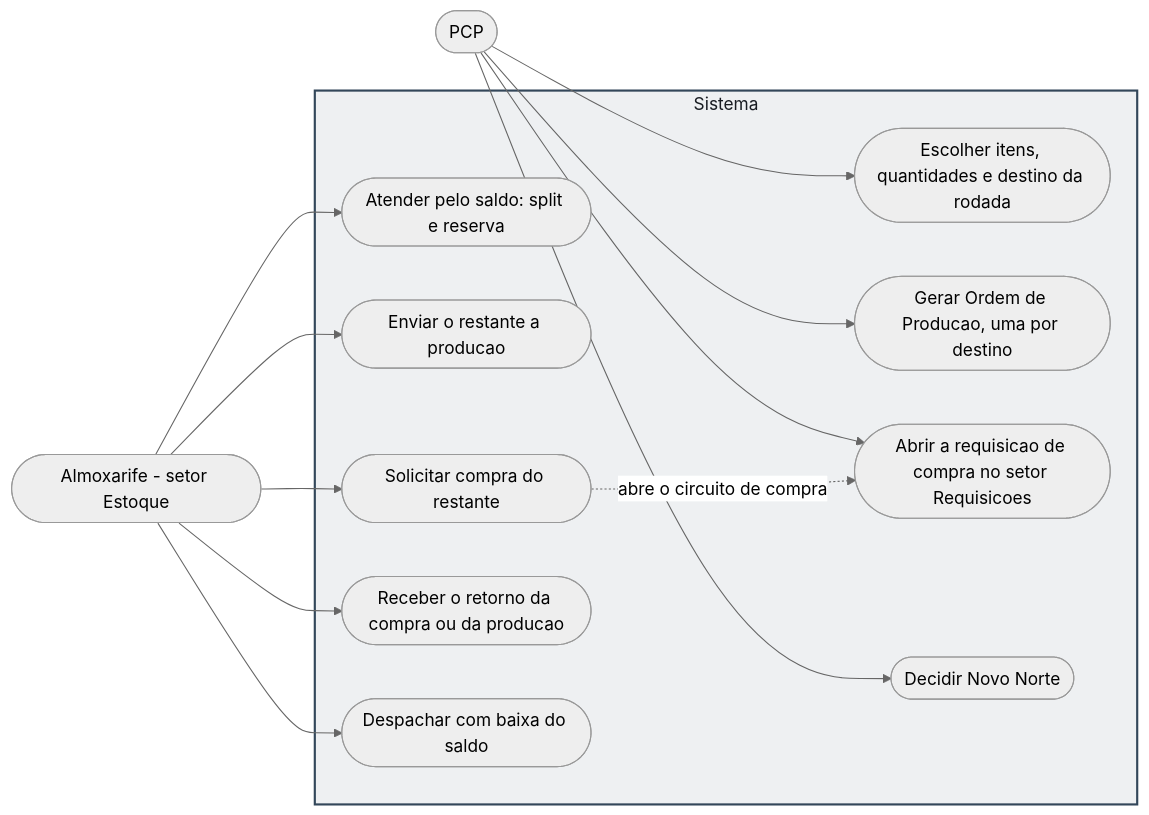
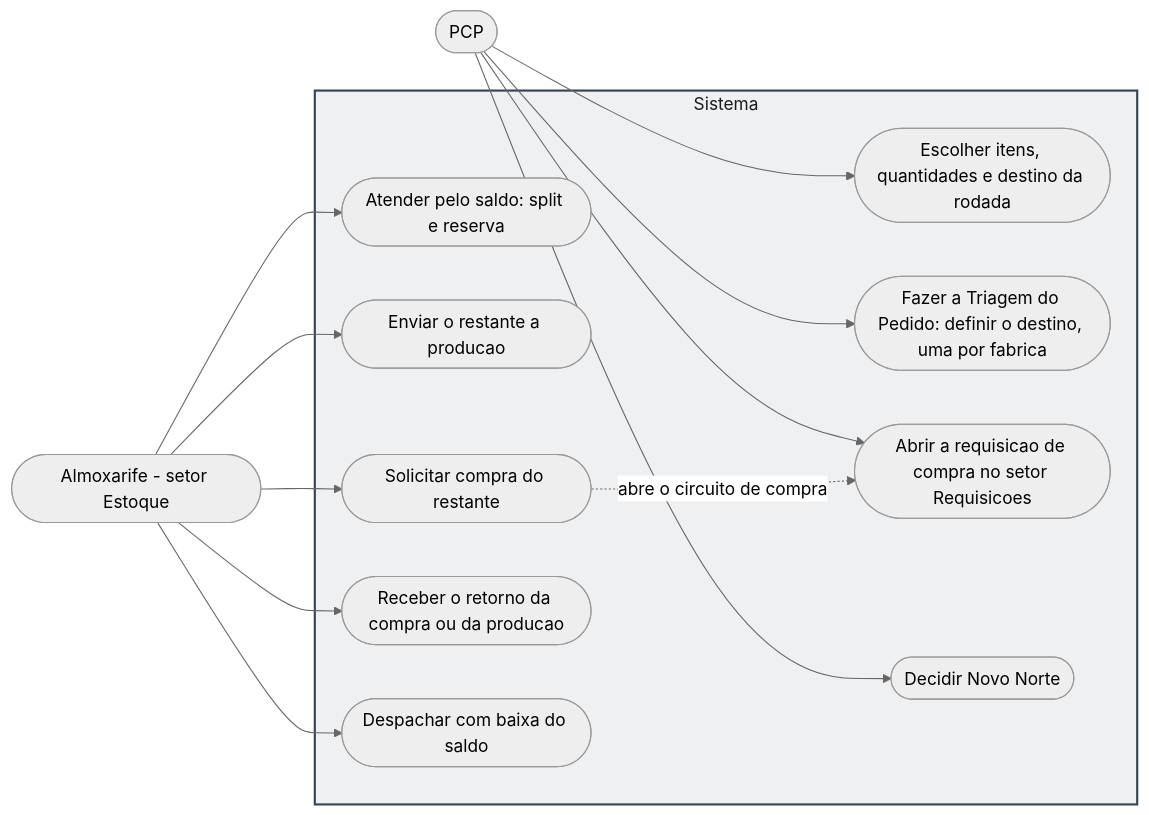
One commit to Acosvital/vault-avhub-mer changed the seventh of 31 diagrams in 04-Arquitetura-Transversal/Diagramas-UML.md. Above: the diagram before and after it, drawn with Mermaid (neutral theme). The commit also changed other lines of this file and 9 other files, not shown here.

First line of the commit message:
docs(vault): etapa do PCP passa a se chamar Triagem do Pedido; diagrama de atividades corrigido (confirmacao, laco de rodada, marcacao da Qualidade)

````diff
--- a/04-Arquitetura-Transversal/Diagramas-UML.md
+++ b/04-Arquitetura-Transversal/Diagramas-UML.md
@@ -720,28 +721,28 @@
 ```mermaid
 flowchart LR
     PCP(["PCP"])
     ALM(["Almoxarife - setor Estoque"])
     subgraph SISTEMA[Sistema]
         UC4([Escolher itens, quantidades e destino da rodada])
-        UC5([Gerar Ordem de Producao, uma por destino])
+        UC5([Fazer a Triagem do Pedido: definir o destino, uma por fabrica])
         UC10([Abrir a requisicao de compra no setor Requisicoes])
         UC8([Decidir Novo Norte])
         UC6([Atender pelo saldo: split e reserva])
         UC7([Enviar o restante a producao])
         UC11([Solicitar compra do restante])
         UC9([Receber o retorno da compra ou da producao])
         UC12([Despachar com baixa do saldo])
     end
     PCP --> UC4
     PCP --> UC5
     PCP --> UC10
     PCP --> UC8
     ALM --> UC6
     ALM --> UC7
     ALM --> UC11
     ALM --> UC9
     ALM --> UC12
     UC11 -.->|abre o circuito de compra| UC10
 
     style SISTEMA fill:#eef0f2,stroke:#33475a,stroke-width:2px,color:#181c22
 ```
````
